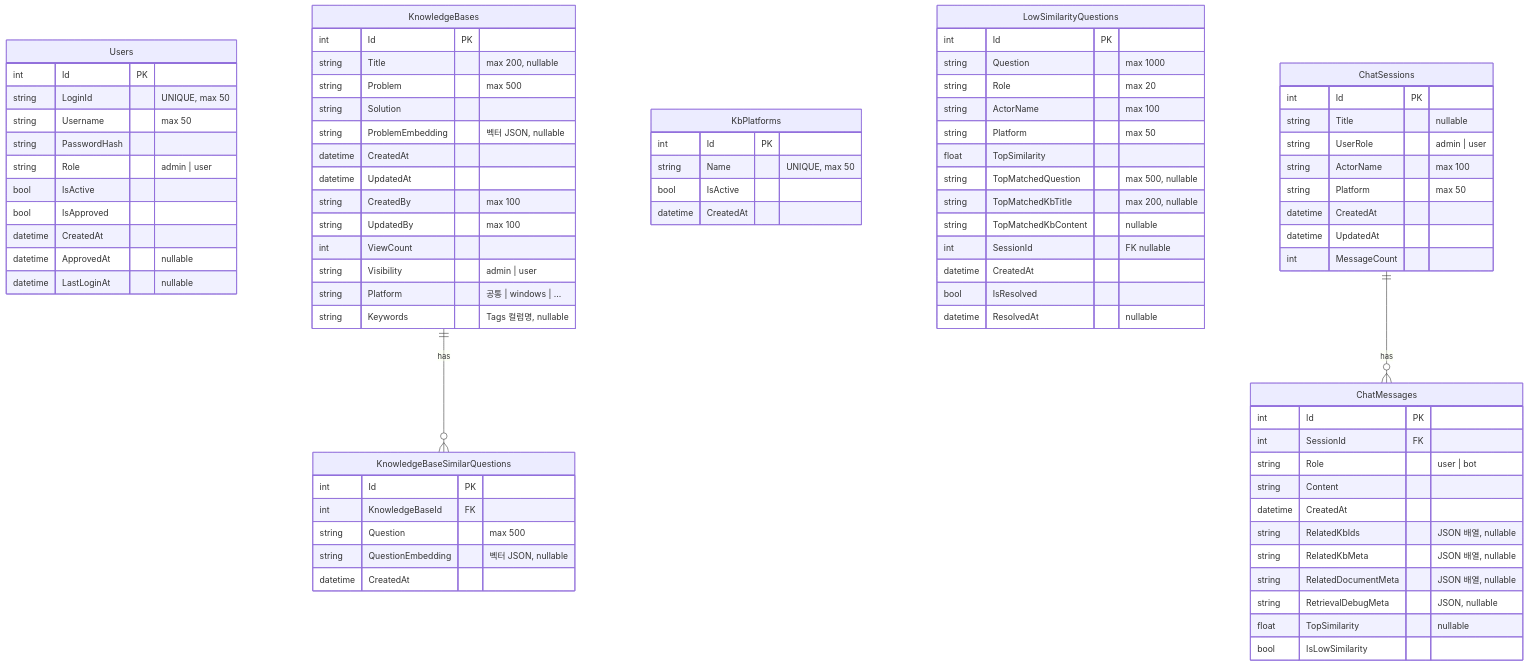
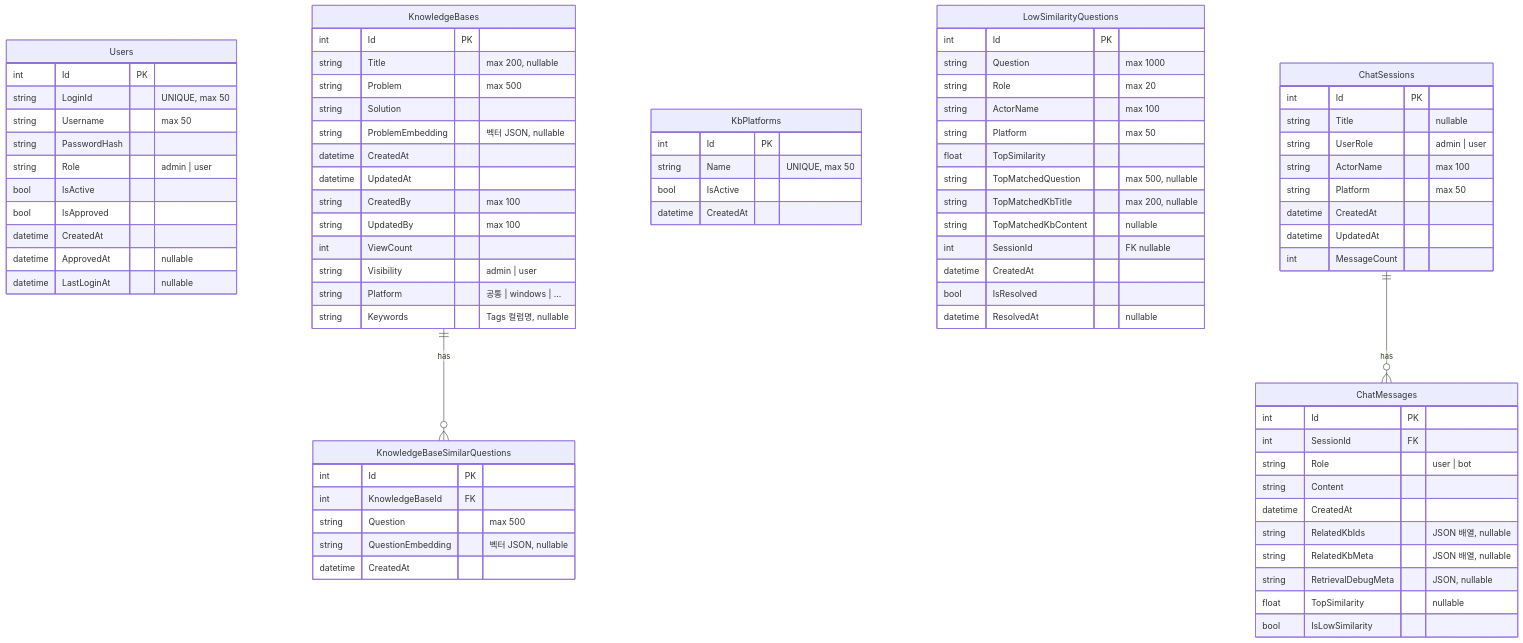
One commit to es-nasungmin/test-ai changed the diagram in docs/erd.md. Above: the diagram before and after it, drawn with Mermaid. The commit also changed 13 other files, not shown here.

```diff
--- a/docs/erd.md
+++ b/docs/erd.md
@@ -96,7 +96,6 @@
         datetime CreatedAt
         string  RelatedKbIds         "JSON 배열, nullable"
         string  RelatedKbMeta        "JSON 배열, nullable"
-        string  RelatedDocumentMeta  "JSON 배열, nullable"
         string  RetrievalDebugMeta   "JSON, nullable"
         float   TopSimilarity        "nullable"
         bool    IsLowSimilarity
```
